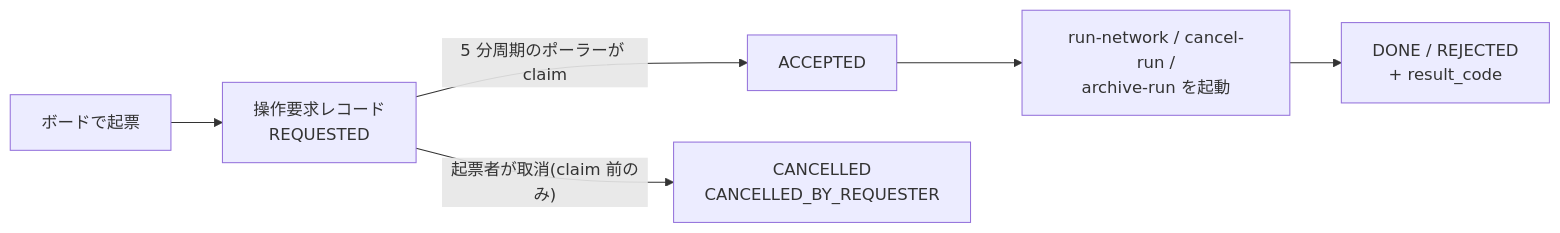
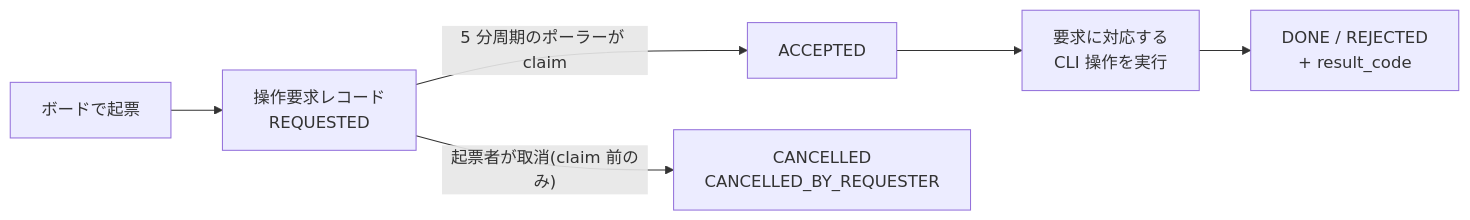
The diagram in docs/internal/qiita-draft-4.md (rex0220/ksql-flownet), drawn with Mermaid before and after one commit. The commit also changed other lines of this file and 1 other file, not shown here.

Commit message:
docs: #4 運用編 第1巡 — START 候補 CSV は認可ではないと訂正(三重ゲートを列挙)、補正モードは両方必須と明記(表は仕様どおり)、IDLE のボタン行、フロー図の抽象化、RETRY_BRAKE の表現

````diff
--- a/docs/internal/qiita-draft-4.md
+++ b/docs/internal/qiita-draft-4.md
@@ -106,8 +113,8 @@
 ```mermaid
 flowchart LR
   B["ボードで起票"] --> R["操作要求レコード<br>REQUESTED"]
   R -->|"5 分周期のポーラーが claim"| A["ACCEPTED"]
-  A --> X["run-network / cancel-run /<br>archive-run を起動"]
+  A --> X["要求に対応する<br>CLI 操作を実行"]
   X --> D["DONE / REJECTED<br>+ result_code"]
   R -->|"起票者が取消(claim 前のみ)"| C["CANCELLED<br>CANCELLED_BY_REQUESTER"]
 ```
````
